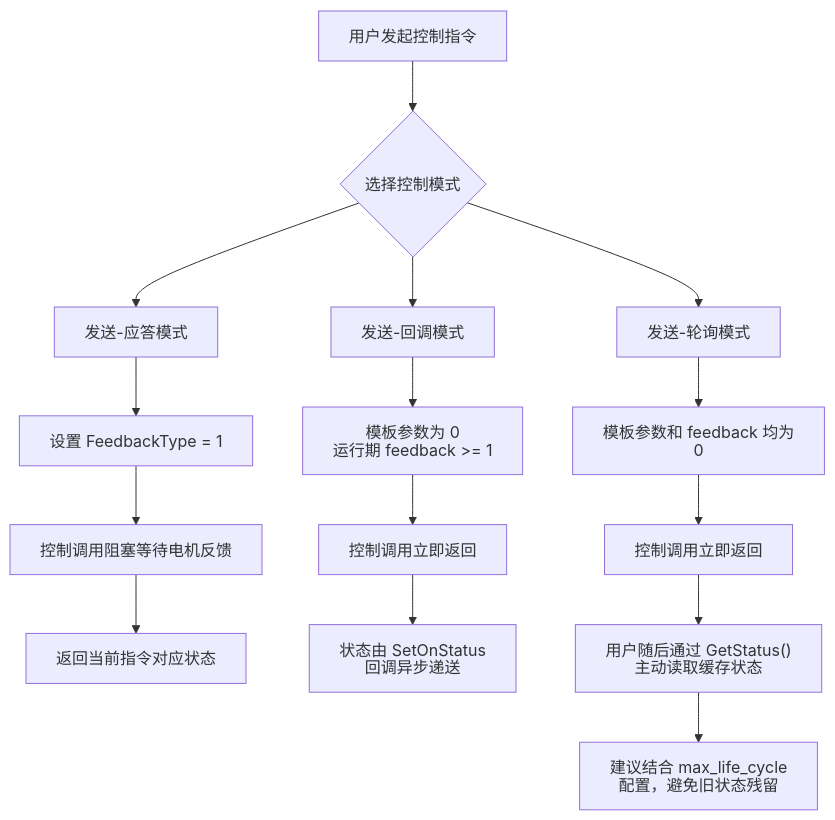
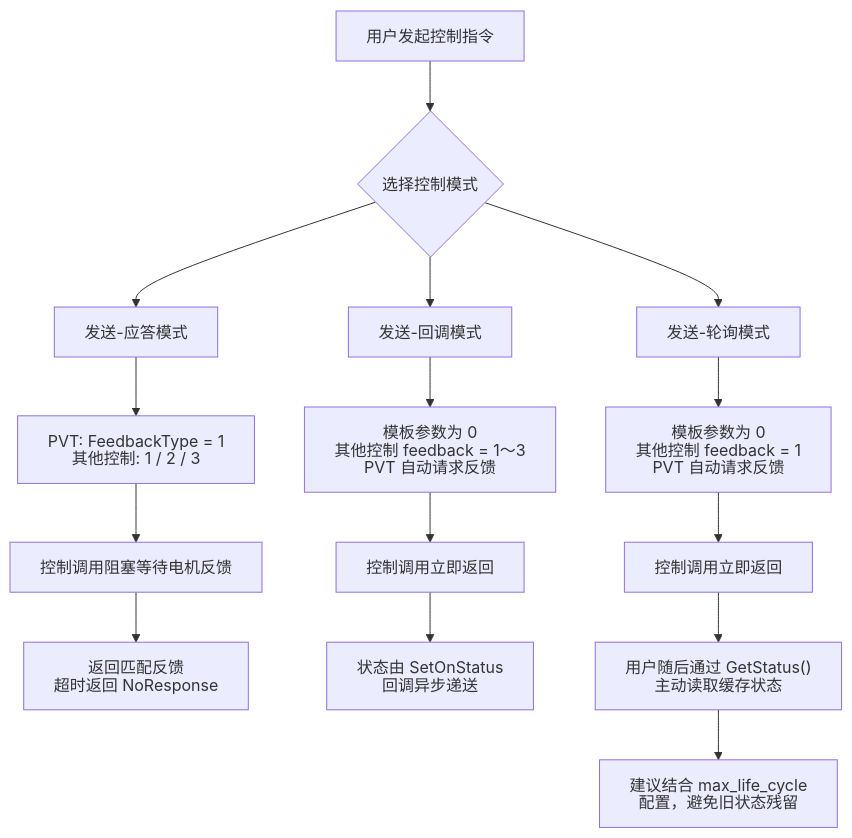
Before and after one commit to EncosTech/encos_driver: the diagram in docs/diagrams/motor_control_modes_overview.mmd, drawn with Mermaid. The commit also changed 436 other files, not shown here.

```diff
--- a/docs/diagrams/motor_control_modes_overview.mmd
+++ b/docs/diagrams/motor_control_modes_overview.mmd
@@ -1,20 +1,20 @@
 %%{init: {"htmlLabels": false}}%%
 flowchart TB
     Start["用户发起控制指令"] --> Mode{"选择控制模式"}
 
     Mode --> Ack["发送-应答模式"]
     Mode --> Callback["发送-回调模式"]
     Mode --> Poll["发送-轮询模式"]
 
-    Ack --> Ack1["设置 FeedbackType >= 1"]
+    Ack --> Ack1["PVT: FeedbackType = 1<br/>其他控制: 1 / 2 / 3"]
     Ack1 --> Ack2["控制调用阻塞等待电机反馈"]
-    Ack2 --> Ack3["返回当前指令对应状态"]
+    Ack2 --> Ack3["返回匹配反馈<br/>超时返回 NoResponse"]
 
-    Callback --> Cb1["模板参数为 0<br/>运行期 feedback >= 1"]
+    Callback --> Cb1["模板参数为 0<br/>其他控制 feedback = 1～3<br/>PVT 自动请求反馈"]
     Cb1 --> Cb2["控制调用立即返回"]
     Cb2 --> Cb3["状态由 SetOnStatus 回调异步递送"]
 
-    Poll --> P1["模板参数和 feedback 均为 0"]
+    Poll --> P1["模板参数为 0<br/>其他控制 feedback = 1<br/>PVT 自动请求反馈"]
     P1 --> P2["控制调用立即返回"]
     P2 --> P3["用户随后通过 GetStatus() 主动读取缓存状态"]
     P3 --> P4["建议结合 max_life_cycle 配置，避免旧状态残留"]
```
